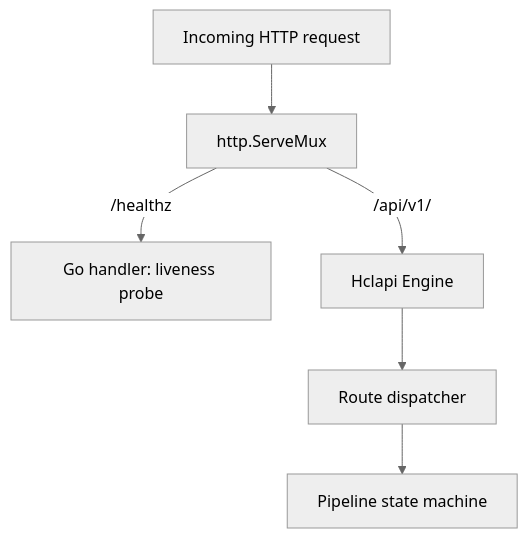
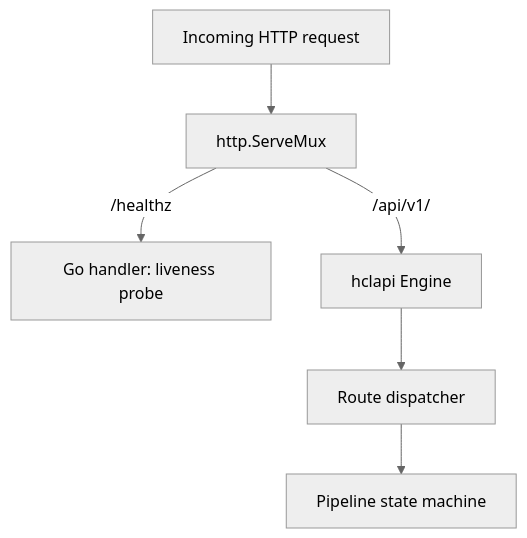
The diagram in docs/src/go/embedding.md (ju4n97/hclapi), drawn with Mermaid (neutral theme) before and after one commit. The commit also changed other lines of this file and 47 other files, not shown here.

````diff
--- a/docs/src/go/embedding.md
+++ b/docs/src/go/embedding.md
@@ -6,8 +6,8 @@
 ```mermaid
 flowchart TD
     Req["Incoming HTTP request"] --> Mux["http.ServeMux"]
     Mux -- "/healthz" --> GoProbe["Go handler: liveness probe"]
-    Mux -- "/api/v1/" --> Hclapi["Hclapi Engine"]
-    Hclapi --> Routes["Route dispatcher"]
+    Mux -- "/api/v1/" --> hclapi["hclapi Engine"]
+    hclapi --> Routes["Route dispatcher"]
     Routes --> Pipeline["Pipeline state machine"]
 ```
````
